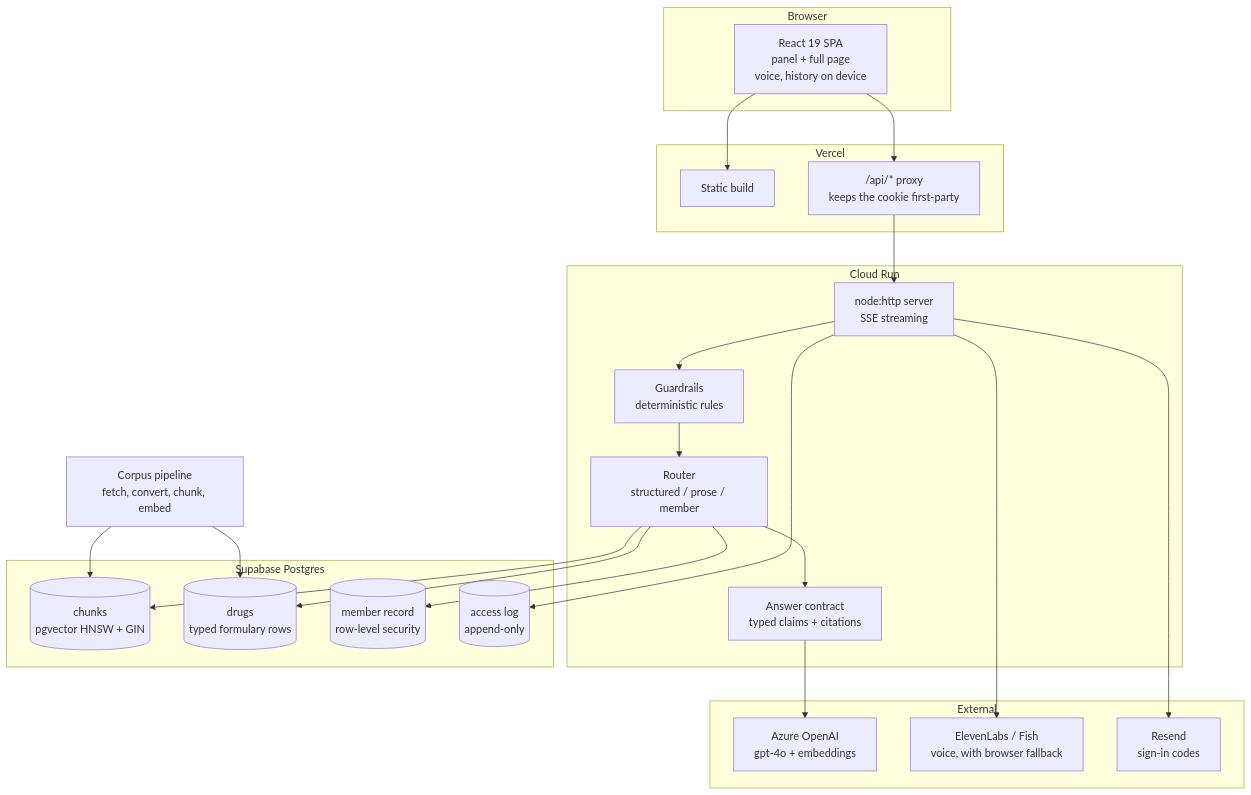
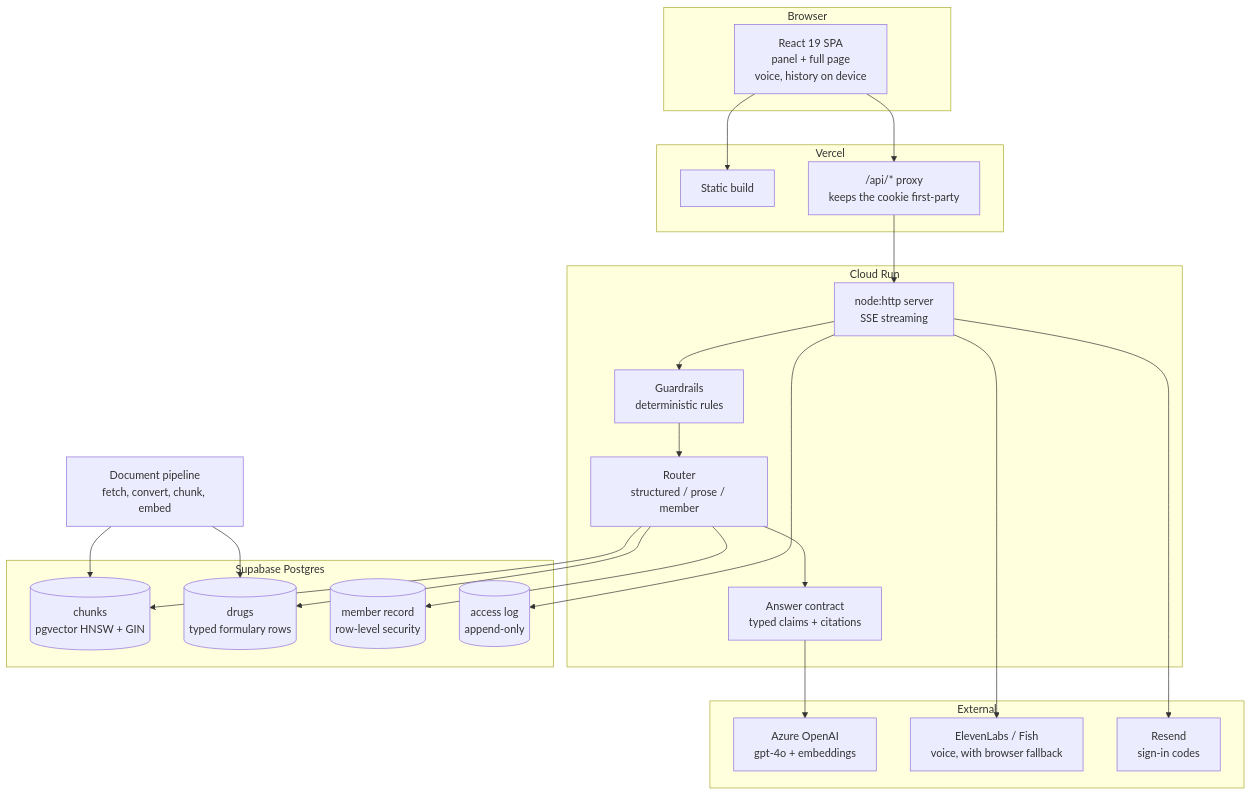
The first of 3 diagrams in README.md (VishalPatil18/clovbot), drawn with Mermaid before and after one commit. The commit also changed other lines of this file and 16 other files, not shown here.

````diff
--- a/README.md
+++ b/README.md
@@ -125,46 +130,46 @@
 ```mermaid
 flowchart TB
     subgraph browser["Browser"]
         UI["React 19 SPA<br/>panel + full page<br/>voice, history on device"]
     end
 
     subgraph vercel["Vercel"]
         STATIC["Static build"]
         PROXY["/api/* proxy<br/>keeps the cookie first-party"]
     end
 
     subgraph run["Cloud Run"]
         API["node:http server<br/>SSE streaming"]
         GUARD["Guardrails<br/>deterministic rules"]
         ROUTER["Router<br/>structured / prose / member"]
         ANSWER["Answer contract<br/>typed claims + citations"]
     end
 
     subgraph data["Supabase Postgres"]
         CHUNKS[("chunks<br/>pgvector HNSW + GIN")]
         DRUGS[("drugs<br/>typed formulary rows")]
         MEMBERS[("member record<br/>row-level security")]
         AUDIT[("access log<br/>append-only")]
     end
 
     subgraph vendors["External"]
         AZ["Azure OpenAI<br/>gpt-4o + embeddings"]
         EL["ElevenLabs / Fish<br/>voice, with browser fallback"]
         RS["Resend<br/>sign-in codes"]
     end
 
-    PIPE["Corpus pipeline<br/>fetch, convert, chunk, embed"]
+    PIPE["Document pipeline<br/>fetch, convert, chunk, embed"]
 
     UI --> STATIC
     UI --> PROXY --> API
     API --> GUARD --> ROUTER
     ROUTER --> CHUNKS
     ROUTER --> DRUGS
     ROUTER --> MEMBERS
     ROUTER --> ANSWER --> AZ
     API --> AUDIT
     API --> EL
     API --> RS
     PIPE --> CHUNKS
     PIPE --> DRUGS
 ```
````
